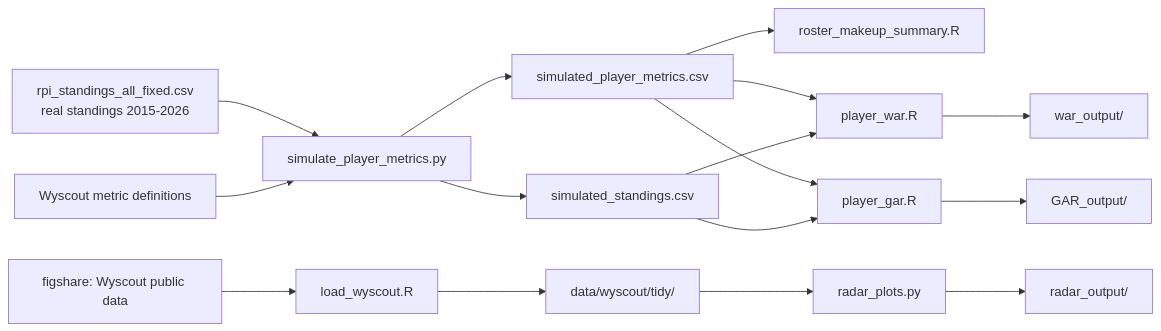
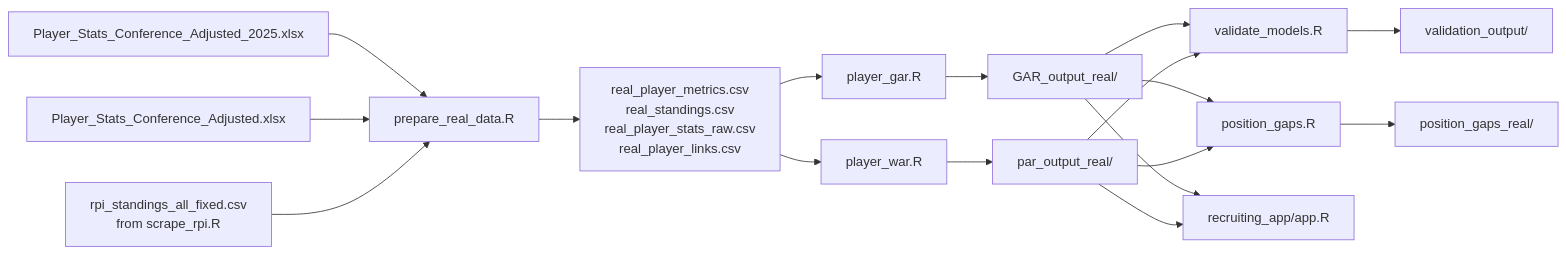
The diagram in README.md (thekegzster/VTSoccer), drawn with Mermaid before and after one commit. The commit also changed other lines of this file, not shown here.

````diff
--- a/README.md
+++ b/README.md
@@ -35,18 +29,15 @@
 ```mermaid
 flowchart LR
-    RPI[rpi_standings_all_fixed.csv<br/>real standings 2015-2026] --> SIM[simulate_player_metrics.py]
-    DEFS[Wyscout metric definitions] --> SIM
-    SIM --> PM[simulated_player_metrics.csv]
-    SIM --> SS[simulated_standings.csv]
-    PM --> ROSTER[roster_makeup_summary.R]
-    PM --> WAR[player_war.R]
-    SS --> WAR
-    PM --> GAR[player_gar.R]
-    SS --> GAR
-    WAR --> WO[war_output/]
-    GAR --> GO[GAR_output/]
-    FIG[figshare: Wyscout public data] --> LW[load_wyscout.R]
-    LW --> CSV[data/wyscout/tidy/]
-    CSV --> RAD[radar_plots.py]
-    RAD --> RO[radar_output/]
+    X25[Player_Stats_Conference_Adjusted_2025.xlsx] --> PREP[prepare_real_data.R]
+    X26[Player_Stats_Conference_Adjusted.xlsx] --> PREP
+    RPI[rpi_standings_all_fixed.csv<br/>from scrape_rpi.R] --> PREP
+    PREP --> PM[real_player_metrics.csv<br/>real_standings.csv<br/>real_player_stats_raw.csv<br/>real_player_links.csv]
+    PM --> GAR[player_gar.R] --> GO[GAR_output_real/]
+    PM --> PAR[player_war.R] --> PO[par_output_real/]
+    GO --> VAL[validate_models.R] --> VO[validation_output/]
+    PO --> VAL
+    GO --> GAP[position_gaps.R] --> GPO[position_gaps_real/]
+    PO --> GAP
+    GO --> APP[recruiting_app/app.R]
+    PO --> APP
 ```
````
